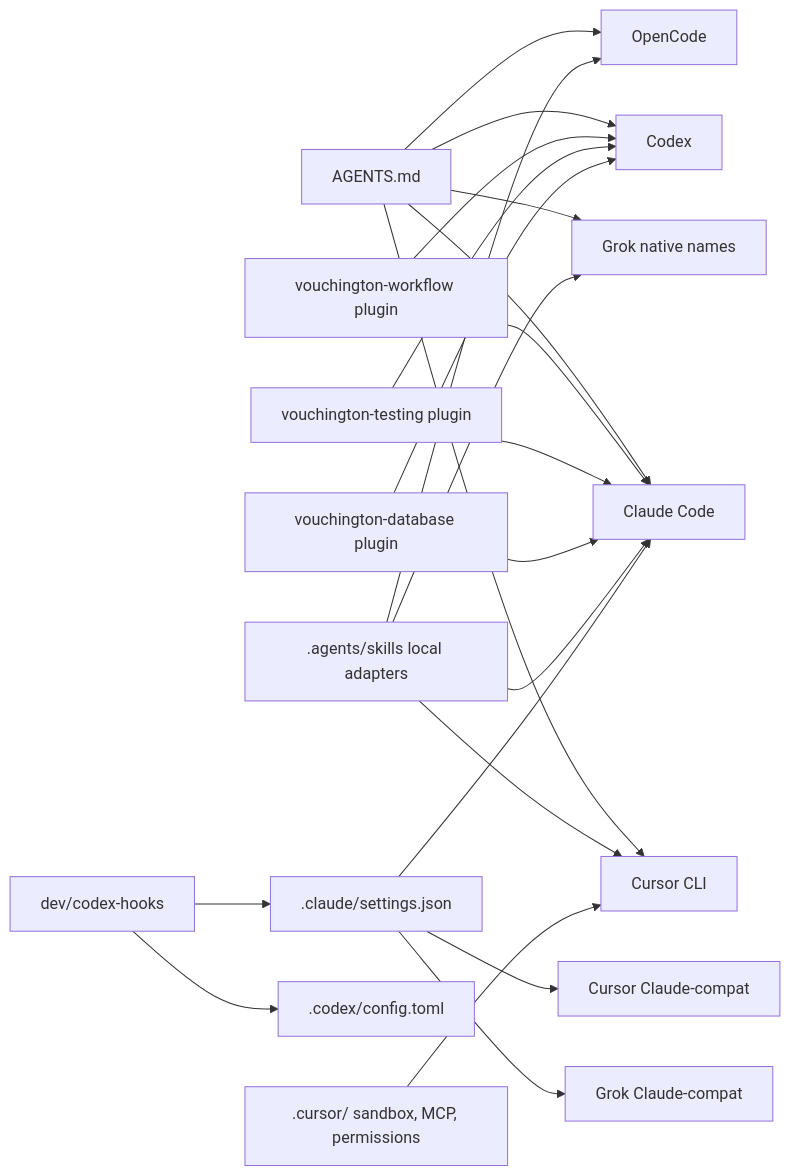
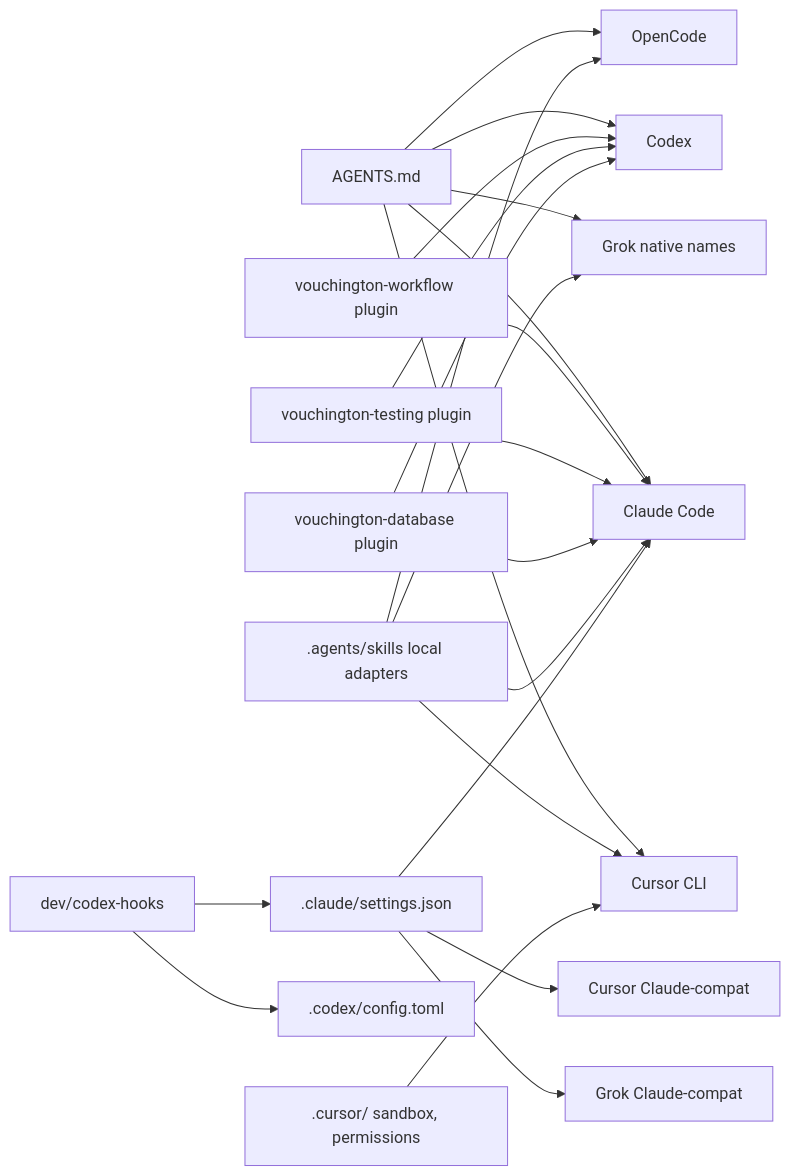
The diagram in docs/development/agent-harness-parity.md (vouchington/vouchington), drawn with Mermaid before and after one commit. The commit also changed other lines of this file and 54 other files, not shown here.

````diff
--- a/docs/development/agent-harness-parity.md
+++ b/docs/development/agent-harness-parity.md
@@ -62,24 +62,24 @@
 ```mermaid
 flowchart LR
   claudeMd[AGENTS.md] --> claude[Claude Code]
   claudeMd --> codex[Codex]
   claudeMd --> grok[Grok native names]
   claudeMd --> cursor[Cursor CLI]
   claudeMd --> opencode[OpenCode]
   workflowPlugin[vouchington-workflow plugin] --> claude
   workflowPlugin --> codex
   testingPlugin[vouchington-testing plugin] --> claude
   testingPlugin --> codex
   databasePlugin[vouchington-database plugin] --> claude
   databasePlugin --> codex
   skills[.agents/skills local adapters] --> claude
   skills --> grok
   skills --> cursor
   skills --> opencode
   claudeHooks[.claude/settings.json] --> claude
   claudeHooks --> grokCompat[Grok Claude-compat]
   claudeHooks --> cursorCompat[Cursor Claude-compat]
   hookRunner[dev/codex-hooks] --> claudeHooks
   hookRunner --> codexConfig[.codex/config.toml]
-  cursorConfig[".cursor/ sandbox, MCP, permissions"] --> cursor
+  cursorConfig[".cursor/ sandbox, permissions"] --> cursor
 ```
````
